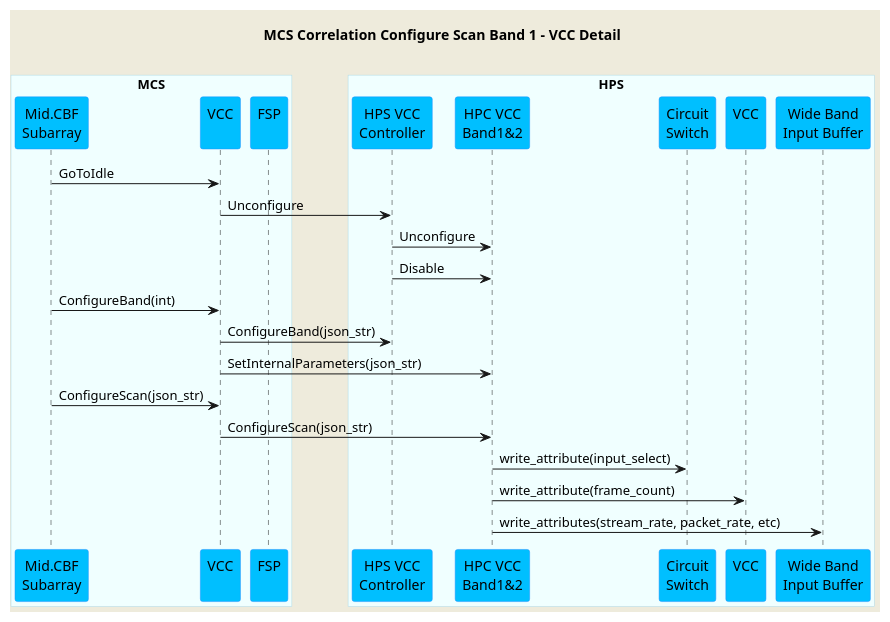
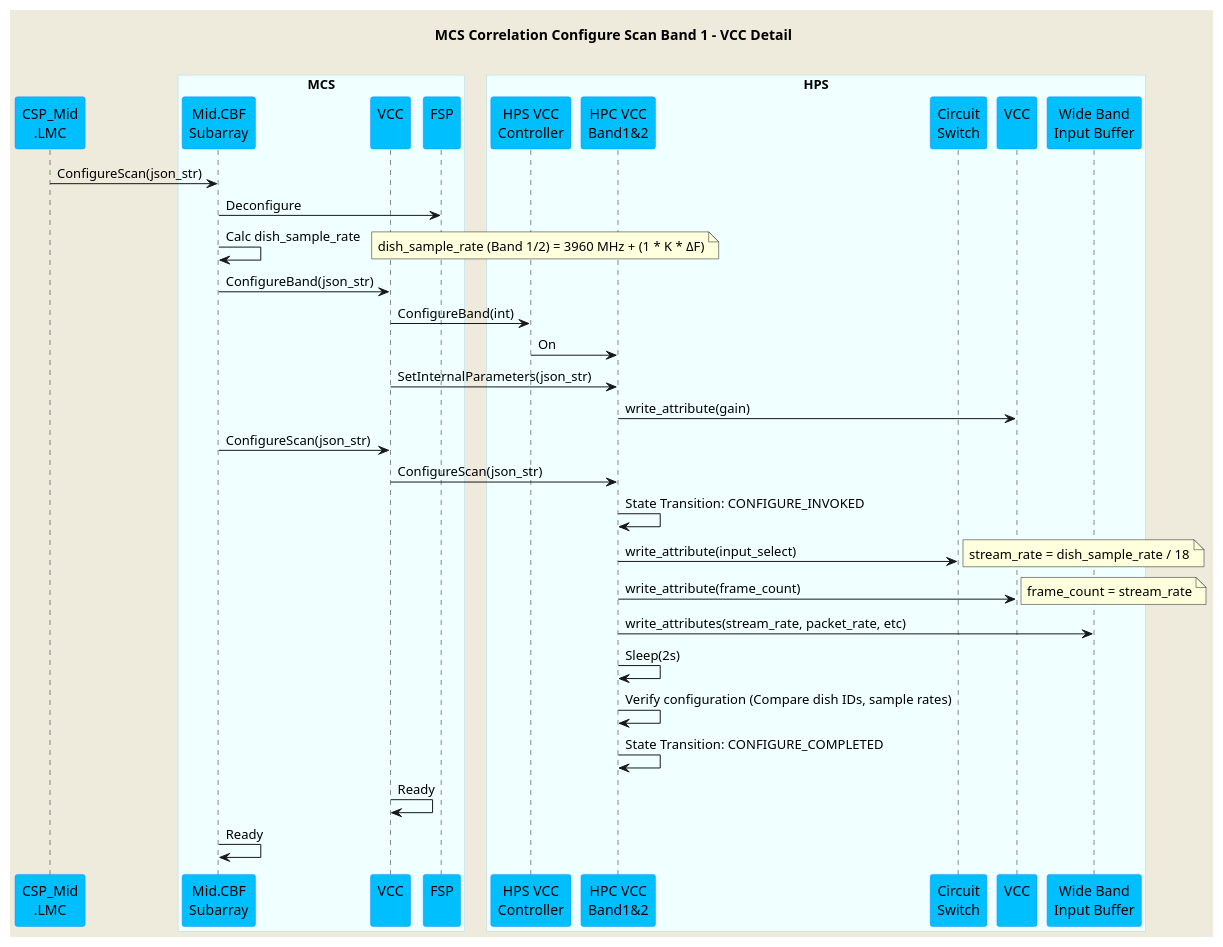
One commit to ska-telescope/mid-cbf-mcs changed the diagram in docs/src/diagrams/configure-scan-vcc.puml. Above: the diagram before and after it, drawn with PlantUML.

Commit message:
CIP-1940 Updated configure_scan sequence diagram.

```diff
--- a/docs/src/diagrams/configure-scan-vcc.puml
+++ b/docs/src/diagrams/configure-scan-vcc.puml
@@ -1,45 +1,56 @@
 @startuml
 'https://plantuml.com/sequence-diagram
 
 skinparam backgroundColor #EEEBDC
 skinparam sequence {
 ParticipantBorderColor DodgerBlue
 ParticipantBackgroundColor DeepSkyBlue
 ActorBorderColor DarkGreen
 ActorBackgroundColor Green
 BoxBorderColor LightBlue
 BoxBackgroundColor #F0FFFF
 }
 
 title MCS Correlation Configure Scan Band 1 - VCC Detail\n
 
+participant "CSP_Mid\n.LMC" as lmc
+
 box "MCS"
 participant "Mid.CBF\nSubarray" as subarray
 participant "VCC\n" as vcc
 participant "FSP\n" as fsp
 end box
 
 box "HPS"
 participant "HPS VCC\nController" as hpsvcc
 participant "HPC VCC\nBand1&2" as vccband1
 participant "Circuit\nSwitch" as cs
 participant "VCC\n" as vccdevice
 participant "Wide Band\nInput Buffer" as wb
 end box
 
-
-subarray    -> vcc          : GoToIdle
-vcc         -> hpsvcc       : Unconfigure
-hpsvcc      -> vccband1     : Unconfigure
-hpsvcc      -> vccband1     : Disable
-subarray    -> vcc          : ConfigureBand(int)
-vcc         -> hpsvcc       : ConfigureBand(json_str)
+lmc         -> subarray     : ConfigureScan(json_str)
+subarray    -> fsp          : Deconfigure
+subarray    -> subarray     : Calc dish_sample_rate
+note right                  : dish_sample_rate (Band 1/2) = 3960 MHz + (1 * K * <U+0394>F)
+subarray    -> vcc          : ConfigureBand(json_str)
+vcc         -> hpsvcc       : ConfigureBand(int)
+hpsvcc      -> vccband1     : On
 vcc         -> vccband1     : SetInternalParameters(json_str)
+vccband1    -> vccdevice    : write_attribute(gain)
 subarray    -> vcc          : ConfigureScan(json_str)
 vcc         -> vccband1     : ConfigureScan(json_str)
+vccband1    -> vccband1     : State Transition: CONFIGURE_INVOKED
 vccband1    -> cs           : write_attribute(input_select)
+note right                  : stream_rate = dish_sample_rate / 18
 vccband1    -> vccdevice    : write_attribute(frame_count)
+note right                  : frame_count = stream_rate
 vccband1    -> wb           : write_attributes(stream_rate, packet_rate, etc)
+vccband1    -> vccband1     : Sleep(2s)
+vccband1    -> vccband1     : Verify configuration (Compare dish IDs, sample rates)
+vccband1    -> vccband1     : State Transition: CONFIGURE_COMPLETED
+vcc         -> vcc          : Ready
+subarray    -> subarray     : Ready
 
 
 @enduml
```
